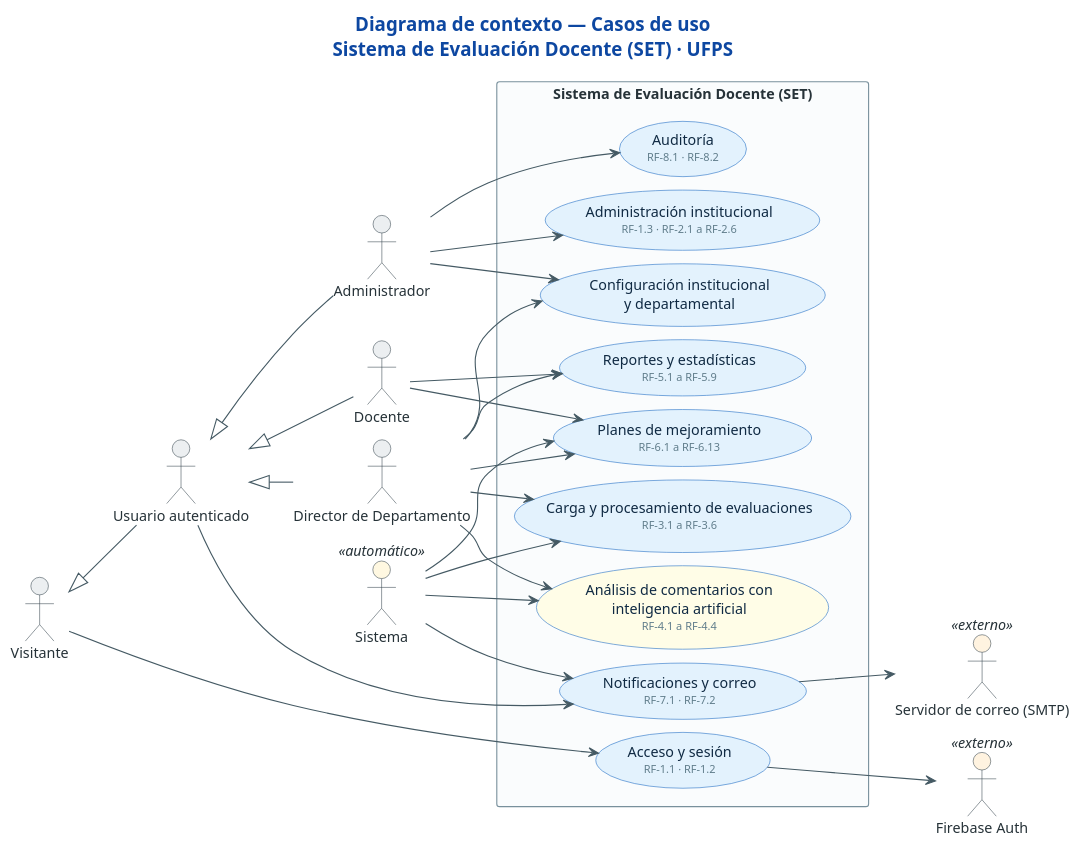
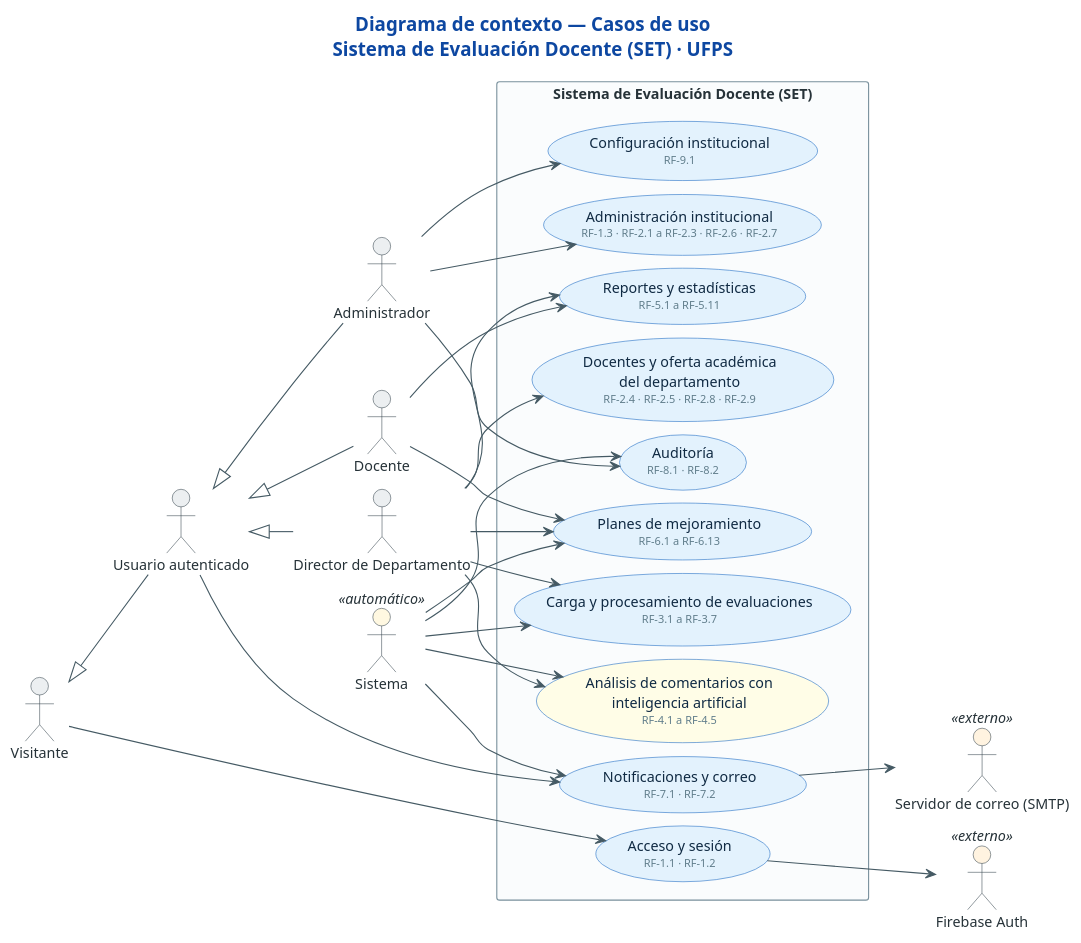
Before and after one commit to sistema-evaluacion-docente/api.evd: the diagram in docs/casos-de-uso/00-contexto.puml, drawn with PlantUML. The commit also changed 20 other files, not shown here.

First line of the commit message:
style: change use case diagrams for clarity and consistency

```diff
--- a/docs/casos-de-uso/00-contexto.puml
+++ b/docs/casos-de-uso/00-contexto.puml
@@ -1,87 +1,86 @@
 @startuml cu-00-contexto
 ' =============================================================================
 ' Sistema de Evaluación Docente (SET) — UFPS
 ' Fuente: Tabla 36 (actores) y Tabla 37 (requisitos funcionales) del documento de
 '         tesis, con la implementación de DistilUmbert-back y DistilUmbert-front.
-' Especificación de cada caso de uso: docs/casos-de-uso/README.md
 ' =============================================================================
 title Diagrama de contexto — Casos de uso\nSistema de Evaluación Docente (SET) · UFPS
 
 left to right direction
 
 skinparam backgroundColor #FFFFFF
 skinparam shadowing false
 skinparam defaultFontSize 13
 skinparam TitleFontSize 17
 skinparam TitleFontColor #0D47A1
 skinparam ArrowColor #455A64
 skinparam ArrowFontColor #546E7A
 skinparam ArrowFontSize 11
 skinparam nodesep 12
 skinparam ranksep 40
-' Descomenta la línea siguiente para aristas ortogonales (requiere Graphviz).
-' skinparam linetype ortho
 skinparam actor {
   BackgroundColor #ECEFF1
   BorderColor #37474F
   FontColor #263238
 }
 skinparam usecase {
   BackgroundColor #E3F2FD
   BorderColor #1565C0
   FontColor #102A43
 }
 skinparam rectangle {
   BackgroundColor #FAFCFD
   BorderColor #78909C
   FontColor #263238
   FontStyle bold
 }
 
 actor "Visitante" as VIS
 actor "Usuario autenticado" as USR
 actor "Administrador" as ADM
 actor "Director de Departamento" as DIR
 actor "Docente" as DOC
 actor "Sistema" as SYS <<automático>> #FFF8E1
 actor "Firebase Auth" as FBA <<externo>> #FFF3E0
 actor "Servidor de correo (SMTP)" as SMTP <<externo>> #FFF3E0
 
 VIS <|-- USR
 USR <|-- ADM
 USR <|-- DIR
 USR <|-- DOC
 
 rectangle "Sistema de Evaluación Docente (SET)" {
   usecase "Acceso y sesión\n<size:10><color:#607D8B>RF-1.1 · RF-1.2</color></size>" as A
-  usecase "Administración institucional\n<size:10><color:#607D8B>RF-1.3 · RF-2.1 a RF-2.6</color></size>" as B
-  usecase "Carga y procesamiento de evaluaciones\n<size:10><color:#607D8B>RF-3.1 a RF-3.6</color></size>" as C
-  usecase "Análisis de comentarios con\ninteligencia artificial\n<size:10><color:#607D8B>RF-4.1 a RF-4.4</color></size>" as D #FFFDE7
-  usecase "Reportes y estadísticas\n<size:10><color:#607D8B>RF-5.1 a RF-5.9</color></size>" as E
+  usecase "Administración institucional\n<size:10><color:#607D8B>RF-1.3 · RF-2.1 a RF-2.3 · RF-2.6 · RF-2.7</color></size>" as B
+  usecase "Carga y procesamiento de evaluaciones\n<size:10><color:#607D8B>RF-3.1 a RF-3.7</color></size>" as C
+  usecase "Análisis de comentarios con\ninteligencia artificial\n<size:10><color:#607D8B>RF-4.1 a RF-4.5</color></size>" as D #FFFDE7
+  usecase "Reportes y estadísticas\n<size:10><color:#607D8B>RF-5.1 a RF-5.11</color></size>" as E
   usecase "Planes de mejoramiento\n<size:10><color:#607D8B>RF-6.1 a RF-6.13</color></size>" as F
   usecase "Notificaciones y correo\n<size:10><color:#607D8B>RF-7.1 · RF-7.2</color></size>" as G
+  usecase "Docentes y oferta académica\ndel departamento\n<size:10><color:#607D8B>RF-2.4 · RF-2.5 · RF-2.8 · RF-2.9</color></size>" as J
   usecase "Auditoría\n<size:10><color:#607D8B>RF-8.1 · RF-8.2</color></size>" as H
-  usecase "Configuración institucional\ny departamental" as I
+  usecase "Configuración institucional\n<size:10><color:#607D8B>RF-9.1</color></size>" as I
 }
 
 VIS --> A
 ADM --> B
 ADM --> H
 ADM --> I
+DIR --> J
 DIR --> C
 DIR --> D
 DIR --> E
 DIR --> F
-DIR --> I
 DOC --> E
 DOC --> F
 USR --> G
 SYS --> C
 SYS --> D
 SYS --> F
 SYS --> G
+SYS --> H
 
 A --> FBA
 G --> SMTP
 
 @enduml
```
